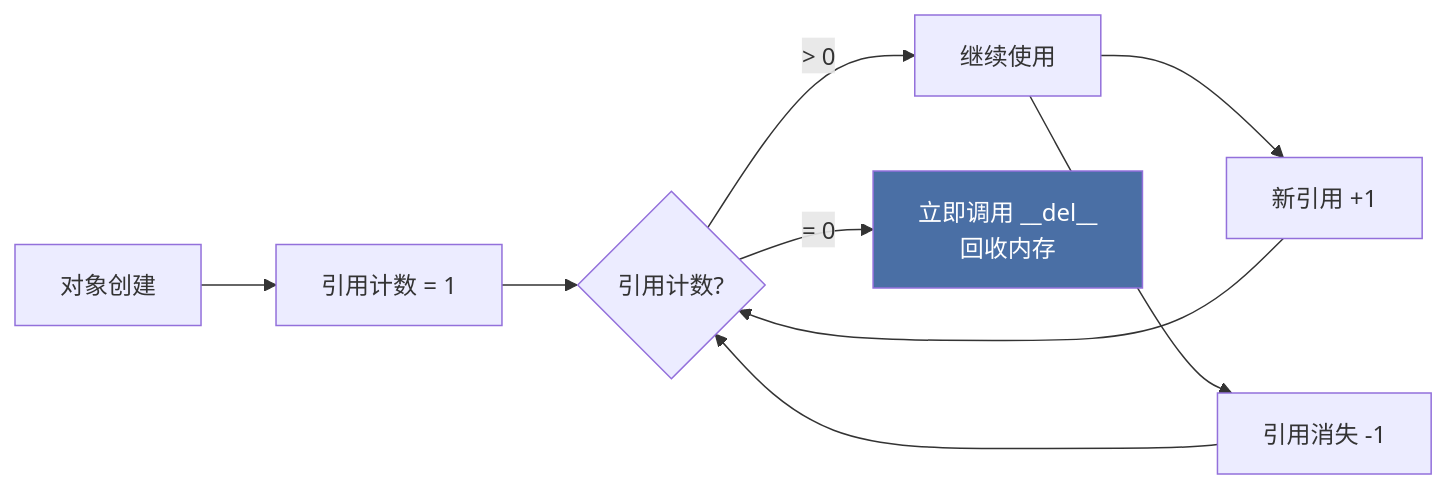
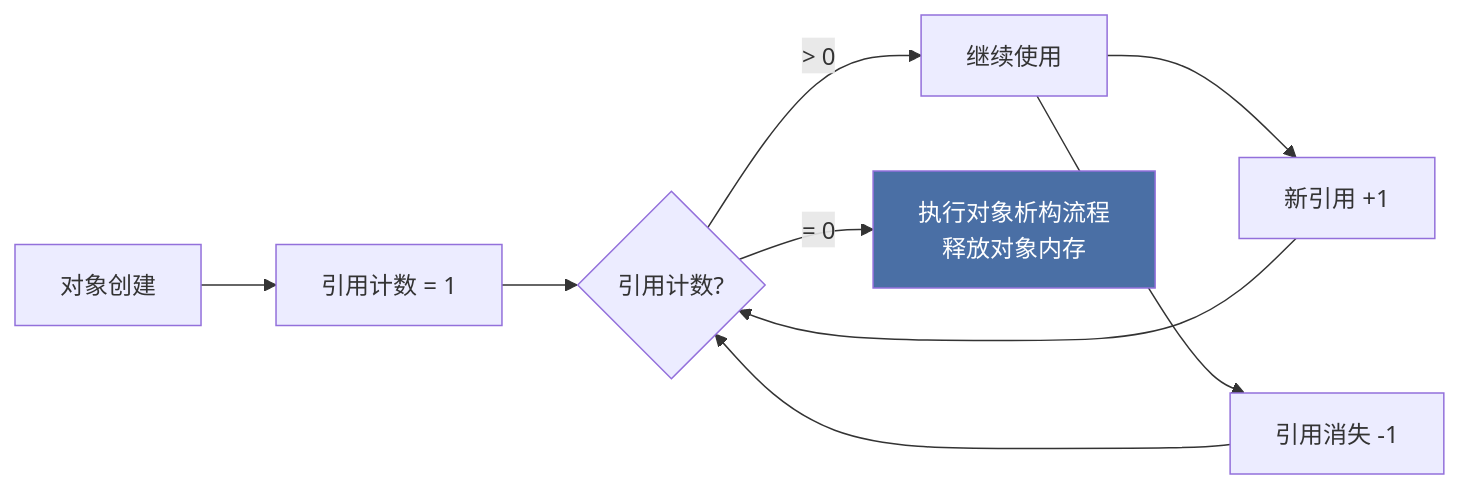
Before and after one commit to BeefWrap4/LLM-Knowledge-Base: the fourth of 8 diagrams in 06_Python内存管理与垃圾回收.md, drawn with Mermaid. The commit also changed other lines of this file and 454 other files, not shown here.

````diff
--- a/06_Python内存管理与垃圾回收.md
+++ b/06_Python内存管理与垃圾回收.md
@@ -212,12 +225,12 @@
 ```mermaid
 flowchart LR
     A[对象创建] --> B[引用计数 = 1]
     B --> C{引用计数?}
     C -->|> 0| D[继续使用]
-    C -->|= 0| E["立即调用 __del__<br/>回收内存"]
+    C -->|= 0| E["执行对象析构流程<br/>释放对象内存"]
     
     D --> F["新引用 +1"] --> C
     D --> G["引用消失 -1"] --> C
     
     style E fill:#4A6FA5,color:#fff
 ```
````
